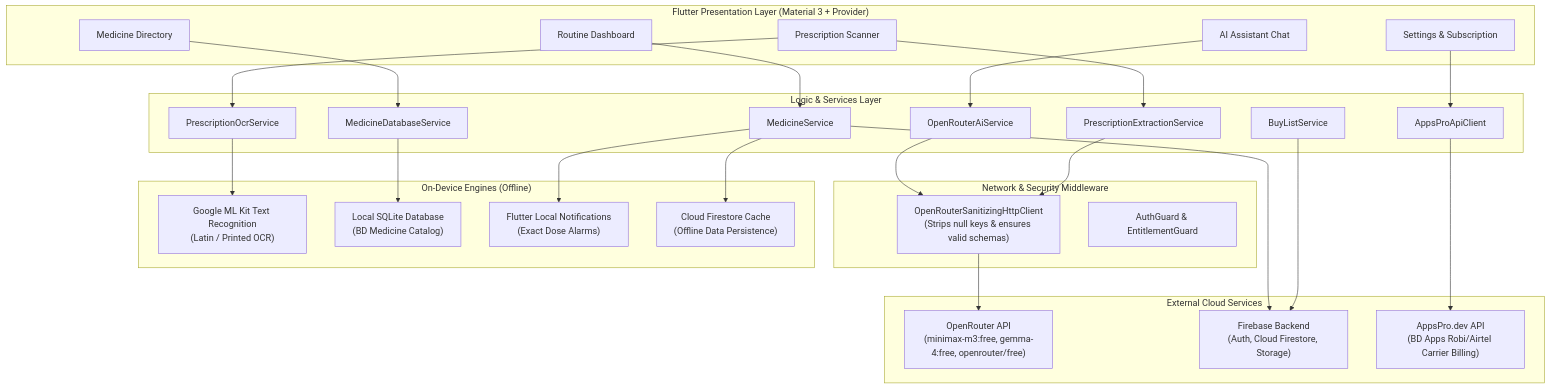
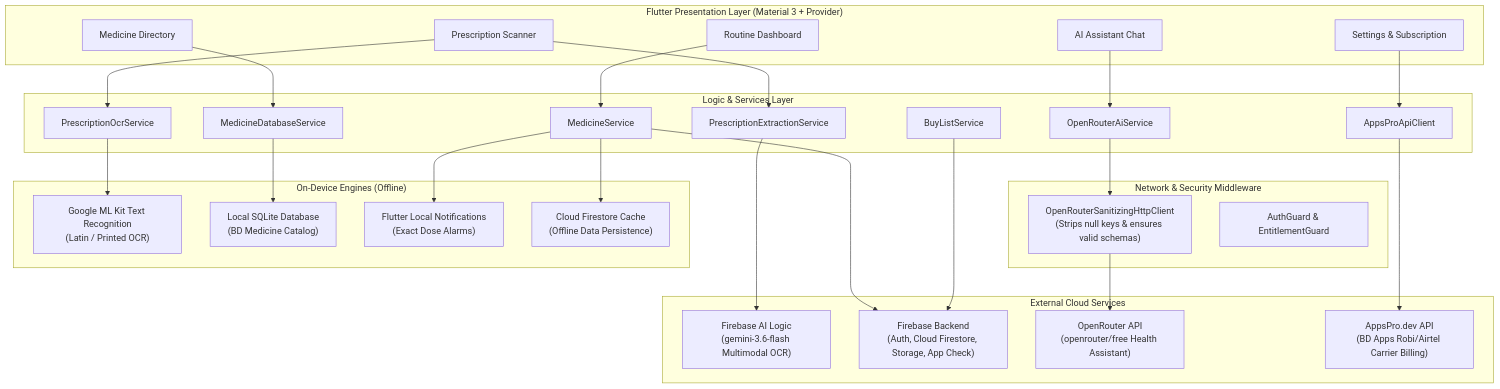
Before and after one commit to helix-77/MediTrack: the first of 3 diagrams in README.md, drawn with Mermaid. The commit also changed other lines of this file, not shown here.

Commit message:
docs: update README to document hybrid Firebase AI Logic and OpenRouter architecture

````diff
--- a/README.md
+++ b/README.md
@@ -28,57 +29,58 @@
 ```mermaid
 graph TD
     subgraph UI_Layer["Flutter Presentation Layer (Material 3 + Provider)"]
         Dashboard["Routine Dashboard"]
         Scanner["Prescription Scanner"]
         Assistant["AI Assistant Chat"]
         MedicineDir["Medicine Directory"]
         Settings["Settings & Subscription"]
     end
 
     subgraph Logic_Layer["Logic & Services Layer"]
         MedService["MedicineService"]
         BuyService["BuyListService"]
         AIHelper["OpenRouterAiService"]
         OcrService["PrescriptionExtractionService"]
         LocalOcr["PrescriptionOcrService"]
         DbService["MedicineDatabaseService"]
         BillingClient["AppsProApiClient"]
     end
 
     subgraph Client_Middleware["Network & Security Middleware"]
         Sanitizer["OpenRouterSanitizingHttpClient\n(Strips null keys & ensures valid schemas)"]
         AuthGuard["AuthGuard & EntitlementGuard"]
     end
 
     subgraph OnDevice_Engines["On-Device Engines (Offline)"]
         MLKit["Google ML Kit Text Recognition\n(Latin / Printed OCR)"]
         LocalDb["Local SQLite Database\n(BD Medicine Catalog)"]
         LocalNotif["Flutter Local Notifications\n(Exact Dose Alarms)"]
         OfflineFirestore["Cloud Firestore Cache\n(Offline Data Persistence)"]
     end
 
     subgraph Cloud_Backends["External Cloud Services"]
-        OpenRouterAPI["OpenRouter API\n(minimax-m3:free, gemma-4:free, openrouter/free)"]
-        FirebaseServices["Firebase Backend\n(Auth, Cloud Firestore, Storage)"]
+        FirebaseAI["Firebase AI Logic\n(gemini-3.6-flash Multimodal OCR)"]
+        FirebaseServices["Firebase Backend\n(Auth, Cloud Firestore, Storage, App Check)"]
+        OpenRouterAPI["OpenRouter API\n(openrouter/free Health Assistant)"]
         AppsProGateway["AppsPro.dev API\n(BD Apps Robi/Airtel Carrier Billing)"]
     end
 
     Dashboard --> MedService
     Scanner --> LocalOcr
     Scanner --> OcrService
     Assistant --> AIHelper
     MedicineDir --> DbService
     Settings --> BillingClient
 
     AIHelper --> Sanitizer
-    OcrService --> Sanitizer
+    OcrService --> FirebaseAI
     LocalOcr --> MLKit
     DbService --> LocalDb
     MedService --> LocalNotif
     MedService --> OfflineFirestore
 
     Sanitizer --> OpenRouterAPI
     MedService --> FirebaseServices
     BuyService --> FirebaseServices
     BillingClient --> AppsProGateway
 ```
````
